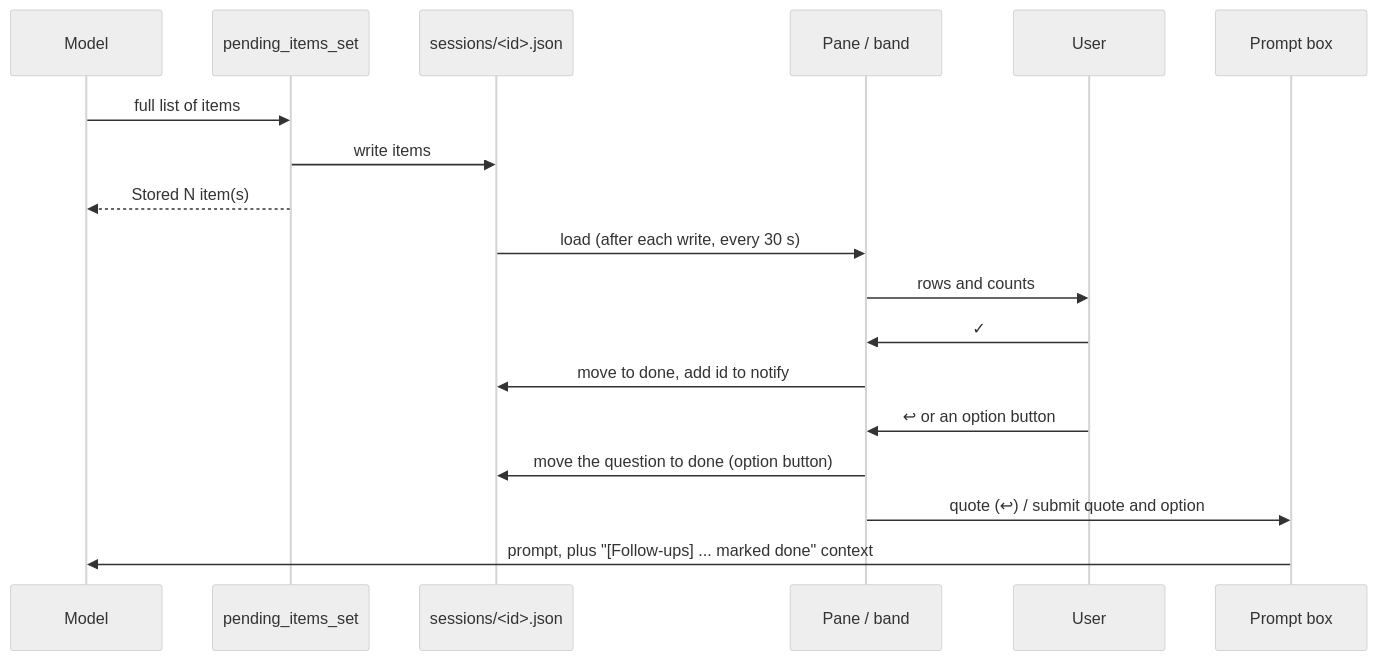
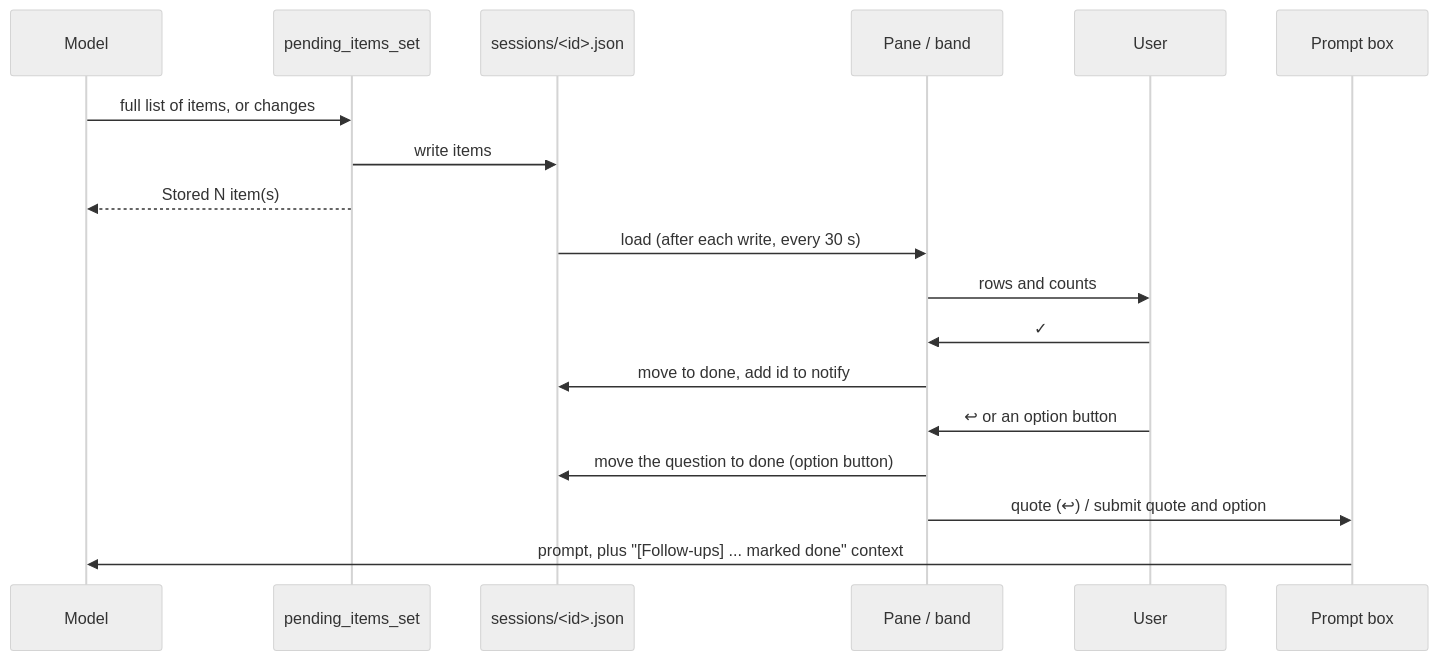
The diagram in README.md (hota911/claude-follow-ups), drawn with Mermaid (neutral theme) before and after one commit. The commit also changed other lines of this file and 2 other files, not shown here.

````diff
--- a/README.md
+++ b/README.md
@@ -133,20 +141,20 @@
 ```mermaid
 sequenceDiagram
     participant M as Model
     participant T as pending_items_set
     participant F as sessions/<id>.json
     participant P as Pane / band
     participant U as User
     participant B as Prompt box
-    M->>T: full list of items
+    M->>T: full list of items, or changes
     T->>F: write items
     T-->>M: Stored N item(s)
     F->>P: load (after each write, every 30 s)
     P->>U: rows and counts
     U->>P: ✓
     P->>F: move to done, add id to notify
     U->>P: ↩ or an option button
     P->>F: move the question to done (option button)
     P->>B: quote (↩) / submit quote and option
     B->>M: prompt, plus "[Follow-ups] ... marked done" context
 ```
````
